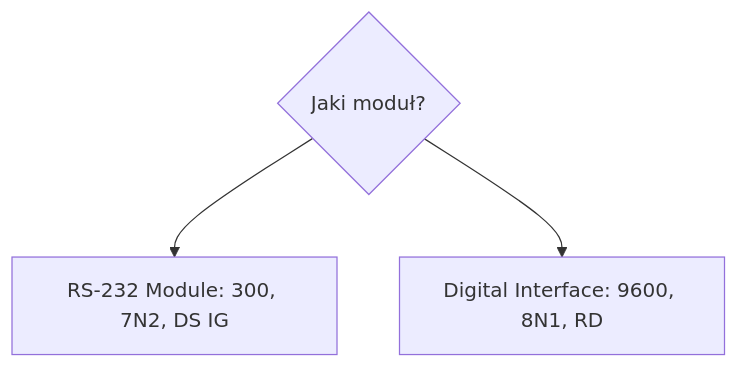
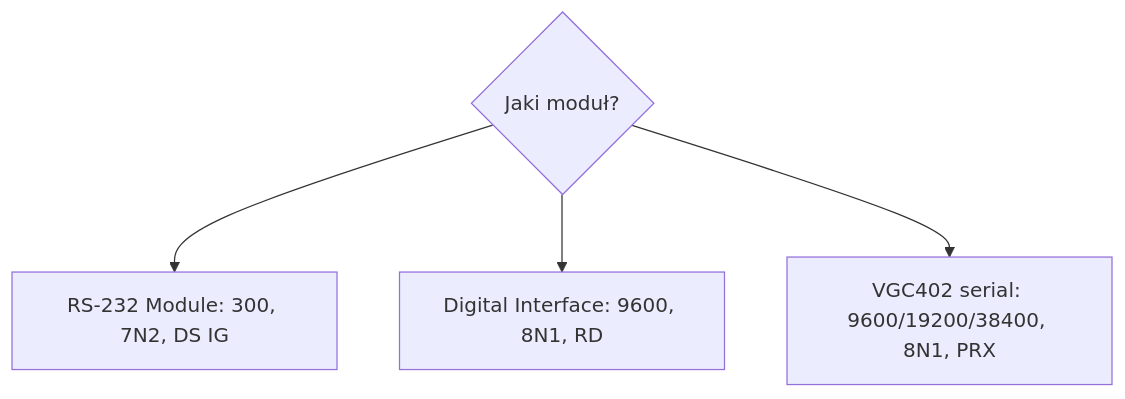
The fifth of 5 diagrams in docs/dzialanie.md (alphatra/vacuum-instrument-monitor), drawn with Mermaid before and after one commit. The commit also changed other lines of this file and 45 other files, not shown here.

````diff
--- a/docs/dzialanie.md
+++ b/docs/dzialanie.md
@@ -102,6 +103,7 @@
 ```mermaid
 flowchart TD
     Module{"Jaki moduł?"}
     Module --> RS232["RS-232 Module: 300, 7N2, DS IG"]
     Module --> Digital["Digital Interface: 9600, 8N1, RD"]
+    Module --> VGC["VGC402 serial: 9600/19200/38400, 8N1, PRX"]
 ```
````
